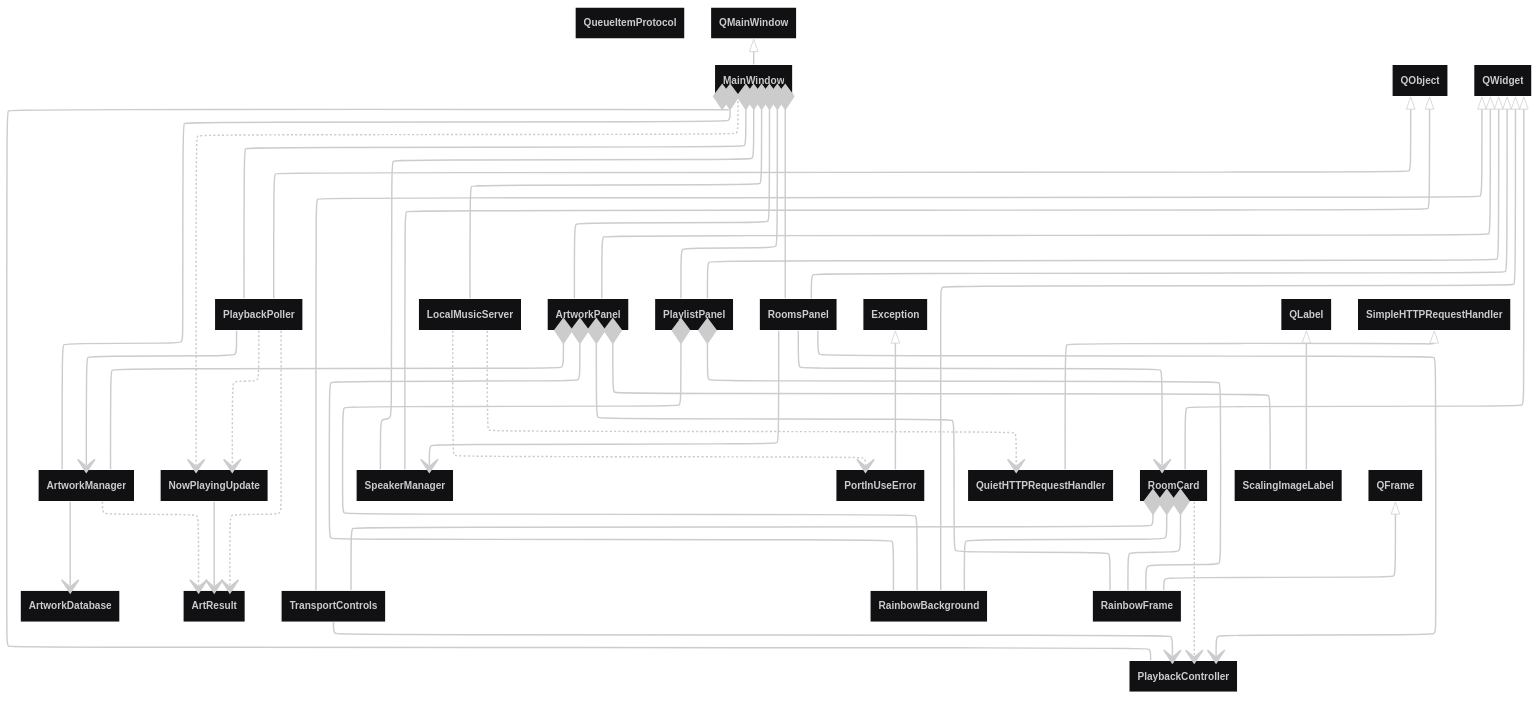
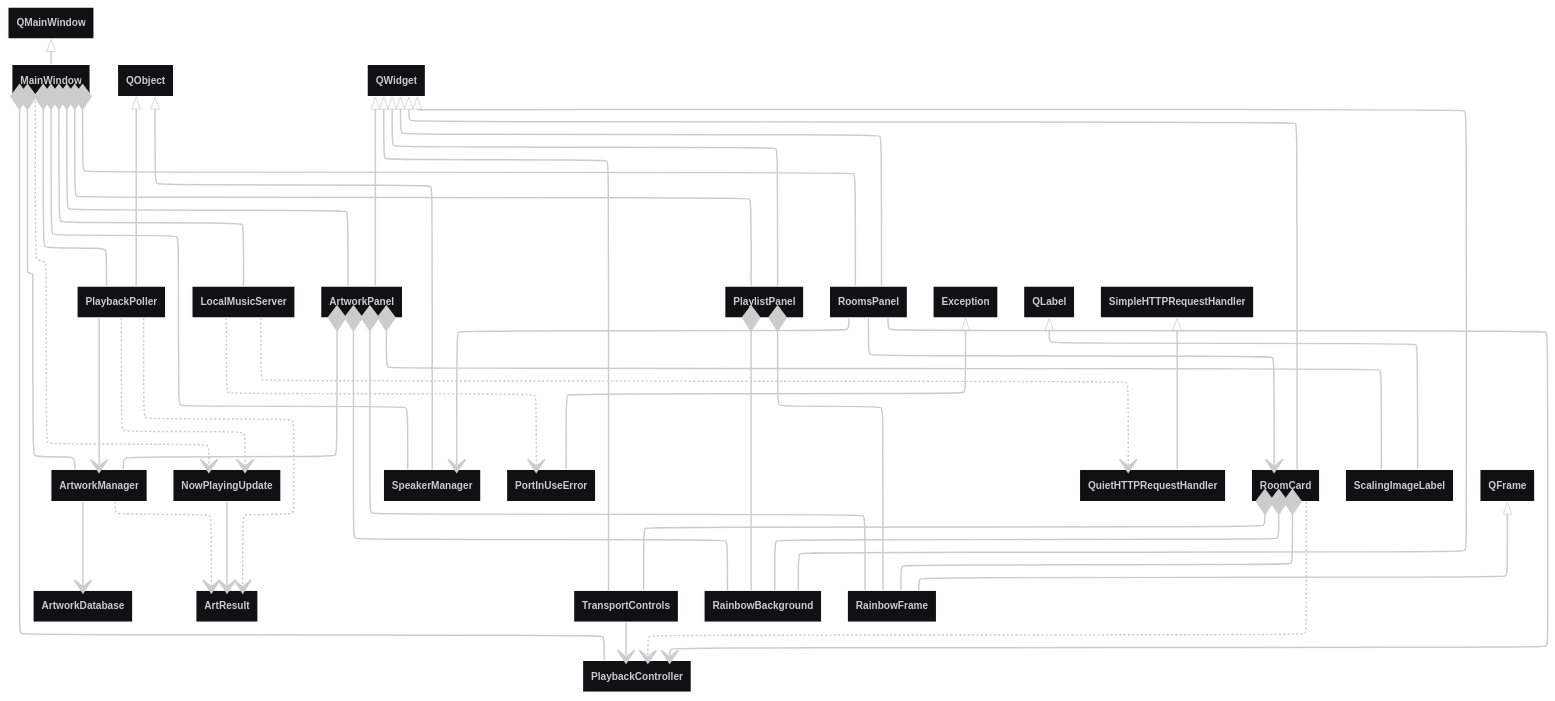
One commit to SpikeyMikie/Sonos_Rescue changed the fourth of 5 diagrams in docs/architecture.md. Above: the diagram before and after it, drawn with Mermaid. The commit also changed other lines of this file and 9 other files, not shown here.

First line of the commit message:
docs: tidy architecture documentation output

````diff
--- a/docs/architecture.md
+++ b/docs/architecture.md
@@ -266,81 +264,80 @@
 ```mermaid
 ---
 config:
-    layout: elk
-    theme: redux-dark-color
-    class:
-        hideEmptyMembersBox: true
+  layout: elk
+  theme: redux-dark-color
+  class:
+    hideEmptyMembersBox: true
 ---
 classDiagram
     class class_module_sonos__rescue_database_database_ArtworkDatabase["ArtworkDatabase"]
     class class_module_sonos__rescue_managers_artwork__manager_ArtResult["ArtResult"]
     class class_module_sonos__rescue_managers_artwork__manager_ArtworkManager["ArtworkManager"]
     class class_module_sonos__rescue_managers_playback__controller_PlaybackController["PlaybackController"]
     class class_module_sonos__rescue_managers_playback__poller_NowPlayingUpdate["NowPlayingUpdate"]
     class class_module_sonos__rescue_managers_playback__poller_PlaybackPoller["PlaybackPoller"]
     class class_module_sonos__rescue_managers_speaker__manager_SpeakerManager["SpeakerManager"]
     class class_module_sonos__rescue_services_local__music__server_LocalMusicServer["LocalMusicServer"]
     class class_module_sonos__rescue_services_local__music__server_PortInUseError["PortInUseError"]
     class class_module_sonos__rescue_services_local__music__server_QuietHTTPRequestHandler["QuietHTTPRequestHandler"]
     class class_module_sonos__rescue_ui_artwork__panel_ArtworkPanel["ArtworkPanel"]
     class class_module_sonos__rescue_ui_main__window_MainWindow["MainWindow"]
-    class class_module_sonos__rescue_ui_main__window_QueueItemProtocol["QueueItemProtocol"]
     class class_module_sonos__rescue_ui_playlist__panel_PlaylistPanel["PlaylistPanel"]
     class class_module_sonos__rescue_ui_room__card_RoomCard["RoomCard"]
     class class_module_sonos__rescue_ui_rooms__panel_RoomsPanel["RoomsPanel"]
     class class_module_sonos__rescue_ui_transport__controls_TransportControls["TransportControls"]
     class class_module_sonos__rescue_ui_widgets_rainbow__background_RainbowBackground["RainbowBackground"]
     class class_module_sonos__rescue_ui_widgets_rainbow__frame_RainbowFrame["RainbowFrame"]
     class class_module_sonos__rescue_ui_widgets_scaling__image__label_ScalingImageLabel["ScalingImageLabel"]
     class external_module_Exception["Exception"]
     class external_module_QFrame["QFrame"]
     class external_module_QLabel["QLabel"]
     class external_module_QMainWindow["QMainWindow"]
     class external_module_QObject["QObject"]
     class external_module_QWidget["QWidget"]
     class external_module_SimpleHTTPRequestHandler["SimpleHTTPRequestHandler"]
     class_module_sonos__rescue_managers_artwork__manager_ArtworkManager --> class_module_sonos__rescue_database_database_ArtworkDatabase
     class_module_sonos__rescue_managers_artwork__manager_ArtworkManager ..> class_module_sonos__rescue_managers_artwork__manager_ArtResult
     class_module_sonos__rescue_managers_playback__poller_NowPlayingUpdate --> class_module_sonos__rescue_managers_artwork__manager_ArtResult
     class_module_sonos__rescue_managers_playback__poller_PlaybackPoller ..> class_module_sonos__rescue_managers_artwork__manager_ArtResult
     class_module_sonos__rescue_managers_playback__poller_PlaybackPoller --> class_module_sonos__rescue_managers_artwork__manager_ArtworkManager
     class_module_sonos__rescue_managers_playback__poller_PlaybackPoller ..> class_module_sonos__rescue_managers_playback__poller_NowPlayingUpdate
     class_module_sonos__rescue_services_local__music__server_LocalMusicServer ..> class_module_sonos__rescue_services_local__music__server_PortInUseError
     class_module_sonos__rescue_services_local__music__server_LocalMusicServer ..> class_module_sonos__rescue_services_local__music__server_QuietHTTPRequestHandler
     class_module_sonos__rescue_ui_artwork__panel_ArtworkPanel *-- class_module_sonos__rescue_managers_artwork__manager_ArtworkManager
     class_module_sonos__rescue_ui_artwork__panel_ArtworkPanel *-- class_module_sonos__rescue_ui_widgets_rainbow__background_RainbowBackground
     class_module_sonos__rescue_ui_artwork__panel_ArtworkPanel *-- class_module_sonos__rescue_ui_widgets_rainbow__frame_RainbowFrame
     class_module_sonos__rescue_ui_artwork__panel_ArtworkPanel *-- class_module_sonos__rescue_ui_widgets_scaling__image__label_ScalingImageLabel
     class_module_sonos__rescue_ui_main__window_MainWindow *-- class_module_sonos__rescue_managers_artwork__manager_ArtworkManager
     class_module_sonos__rescue_ui_main__window_MainWindow *-- class_module_sonos__rescue_managers_playback__controller_PlaybackController
     class_module_sonos__rescue_ui_main__window_MainWindow ..> class_module_sonos__rescue_managers_playback__poller_NowPlayingUpdate
     class_module_sonos__rescue_ui_main__window_MainWindow *-- class_module_sonos__rescue_managers_playback__poller_PlaybackPoller
     class_module_sonos__rescue_ui_main__window_MainWindow *-- class_module_sonos__rescue_managers_speaker__manager_SpeakerManager
     class_module_sonos__rescue_ui_main__window_MainWindow *-- class_module_sonos__rescue_services_local__music__server_LocalMusicServer
     class_module_sonos__rescue_ui_main__window_MainWindow *-- class_module_sonos__rescue_ui_artwork__panel_ArtworkPanel
     class_module_sonos__rescue_ui_main__window_MainWindow *-- class_module_sonos__rescue_ui_playlist__panel_PlaylistPanel
     class_module_sonos__rescue_ui_main__window_MainWindow *-- class_module_sonos__rescue_ui_rooms__panel_RoomsPanel
     class_module_sonos__rescue_ui_playlist__panel_PlaylistPanel *-- class_module_sonos__rescue_ui_widgets_rainbow__background_RainbowBackground
     class_module_sonos__rescue_ui_playlist__panel_PlaylistPanel *-- class_module_sonos__rescue_ui_widgets_rainbow__frame_RainbowFrame
     class_module_sonos__rescue_ui_room__card_RoomCard ..> class_module_sonos__rescue_managers_playback__controller_PlaybackController
     class_module_sonos__rescue_ui_room__card_RoomCard *-- class_module_sonos__rescue_ui_transport__controls_TransportControls
     class_module_sonos__rescue_ui_room__card_RoomCard *-- class_module_sonos__rescue_ui_widgets_rainbow__background_RainbowBackground
     class_module_sonos__rescue_ui_room__card_RoomCard *-- class_module_sonos__rescue_ui_widgets_rainbow__frame_RainbowFrame
     class_module_sonos__rescue_ui_rooms__panel_RoomsPanel --> class_module_sonos__rescue_managers_playback__controller_PlaybackController
     class_module_sonos__rescue_ui_rooms__panel_RoomsPanel --> class_module_sonos__rescue_managers_speaker__manager_SpeakerManager
     class_module_sonos__rescue_ui_rooms__panel_RoomsPanel --> class_module_sonos__rescue_ui_room__card_RoomCard
     class_module_sonos__rescue_ui_transport__controls_TransportControls --> class_module_sonos__rescue_managers_playback__controller_PlaybackController
     external_module_QObject <|-- class_module_sonos__rescue_managers_playback__poller_PlaybackPoller
     external_module_QObject <|-- class_module_sonos__rescue_managers_speaker__manager_SpeakerManager
     external_module_Exception <|-- class_module_sonos__rescue_services_local__music__server_PortInUseError
     external_module_SimpleHTTPRequestHandler <|-- class_module_sonos__rescue_services_local__music__server_QuietHTTPRequestHandler
     external_module_QWidget <|-- class_module_sonos__rescue_ui_artwork__panel_ArtworkPanel
     external_module_QMainWindow <|-- class_module_sonos__rescue_ui_main__window_MainWindow
     external_module_QWidget <|-- class_module_sonos__rescue_ui_playlist__panel_PlaylistPanel
     external_module_QWidget <|-- class_module_sonos__rescue_ui_room__card_RoomCard
     external_module_QWidget <|-- class_module_sonos__rescue_ui_rooms__panel_RoomsPanel
     external_module_QWidget <|-- class_module_sonos__rescue_ui_transport__controls_TransportControls
     external_module_QWidget <|-- class_module_sonos__rescue_ui_widgets_rainbow__background_RainbowBackground
     external_module_QFrame <|-- class_module_sonos__rescue_ui_widgets_rainbow__frame_RainbowFrame
     external_module_QLabel <|-- class_module_sonos__rescue_ui_widgets_scaling__image__label_ScalingImageLabel
 ```
````
